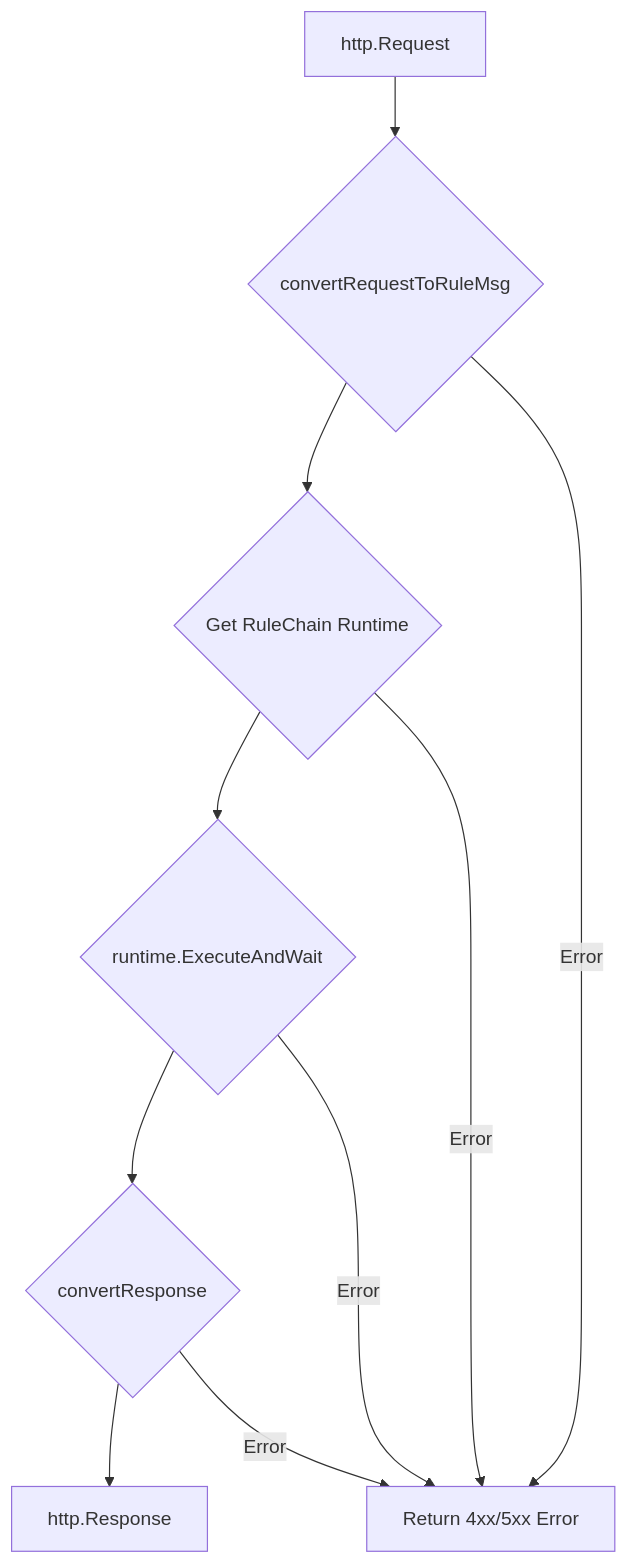
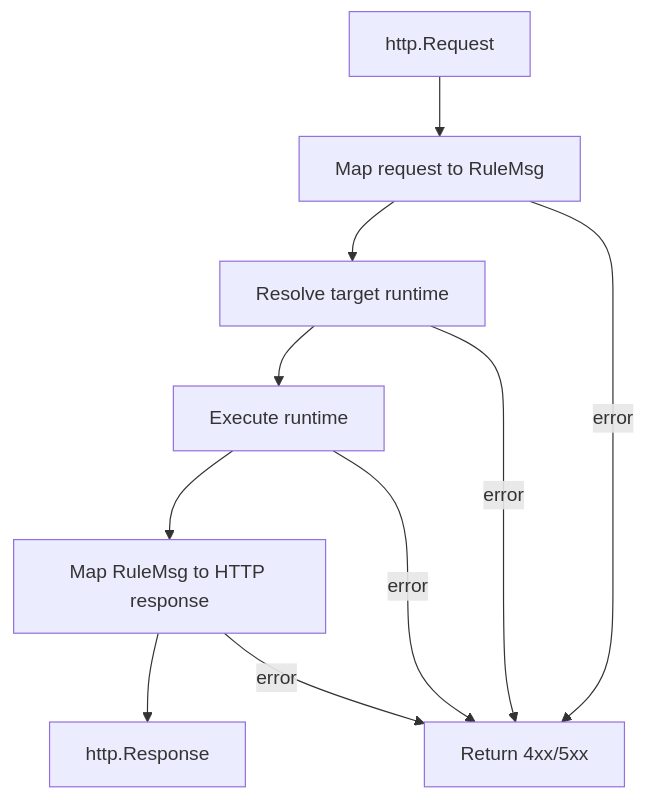
The diagram in docs/reference/10_http_endpoint_deep_dive.md (neohetj/matrix), drawn with Mermaid before and after one commit. The commit also changed other lines of this file and 97 other files, not shown here.

````diff
--- a/docs/reference/10_http_endpoint_deep_dive.md
+++ b/docs/reference/10_http_endpoint_deep_dive.md
@@ -42,12 +41,12 @@
 ```mermaid
 flowchart TD
-    httpRequest[http.Request] --> convertRequest{convertRequestToRuleMsg};
-    convertRequest --> getRuntime{Get RuleChain Runtime};
-    getRuntime --> executeAndWait{runtime.ExecuteAndWait};
-    executeAndWait --> convertResponse{convertResponse};
-    convertResponse --> httpResponse[http.Response];
-    convertRequest -- Error --> handleError[Return 4xx/5xx Error];
-    getRuntime -- Error --> handleError;
-    executeAndWait -- Error --> handleError;
-    convertResponse -- Error --> handleError;
+    req["http.Request"] --> mapReq["Map request to RuleMsg"]
+    mapReq --> getRt["Resolve target runtime"]
+    getRt --> exec["Execute runtime"]
+    exec --> mapResp["Map RuleMsg to HTTP response"]
+    mapResp --> resp["http.Response"]
+    mapReq -- error --> err["Return 4xx/5xx"]
+    getRt -- error --> err
+    exec -- error --> err
+    mapResp -- error --> err
 ```
````
